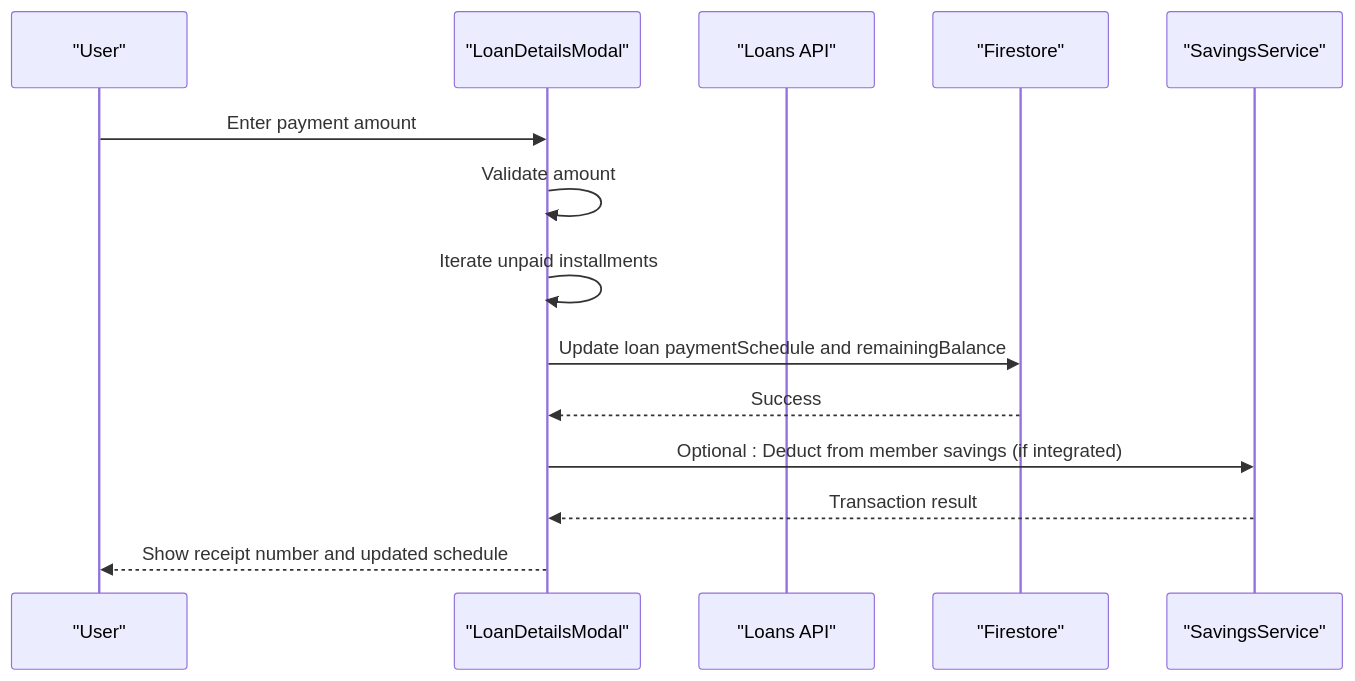
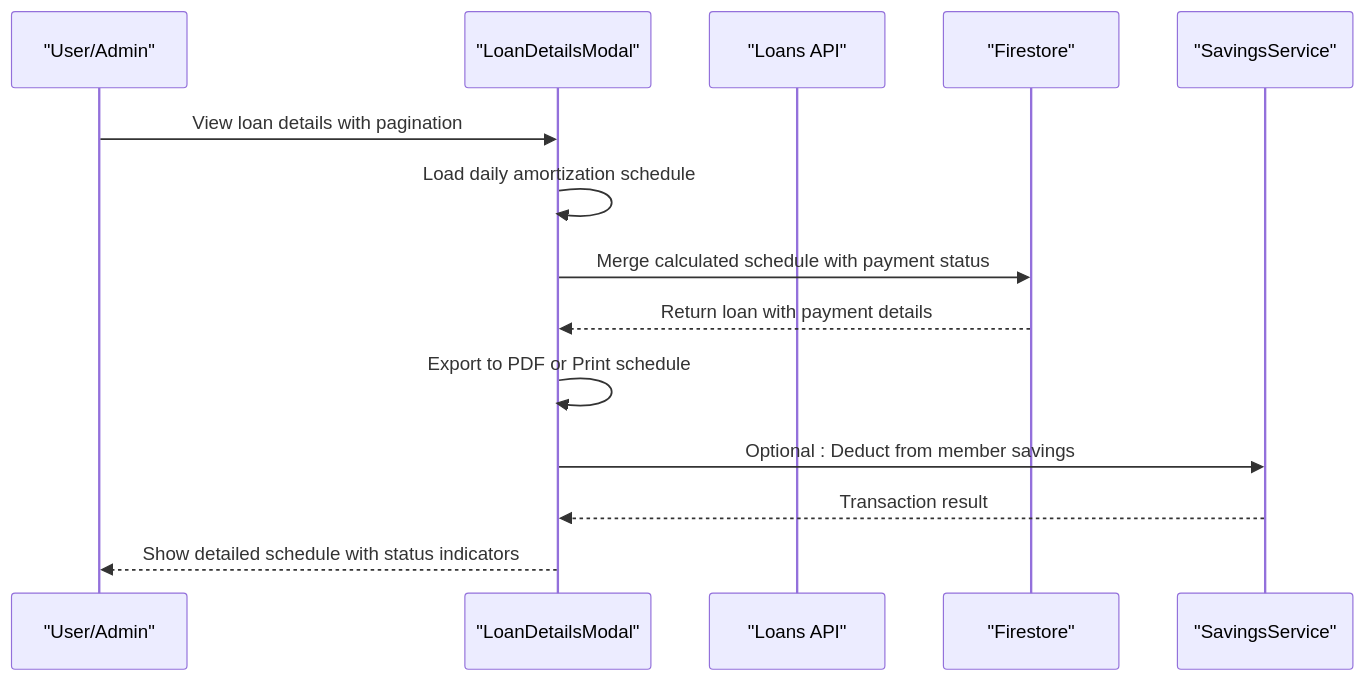
Before and after one commit to Unsure-bry/sampacoop_system: the second of 8 diagrams in .qoder/repowiki/en/content/Loan Management System/Loan Repayment System.md, drawn with Mermaid. The commit also changed other lines of this file and 6 other files, not shown here.

Commit message:
Amortization Table changes and Remaining Balance Sychronization

````diff
--- a/.qoder/repowiki/en/content/Loan Management System/Loan Repayment System.md
+++ b/.qoder/repowiki/en/content/Loan Management System/Loan Repayment System.md
@@ -124,16 +138,16 @@
 ```mermaid
 sequenceDiagram
-participant User as "User"
+participant User as "User/Admin"
 participant Modal as "LoanDetailsModal"
 participant API as "Loans API"
 participant FS as "Firestore"
 participant Savings as "SavingsService"
-User->>Modal : Enter payment amount
-Modal->>Modal : Validate amount
-Modal->>Modal : Iterate unpaid installments
-Modal->>FS : Update loan paymentSchedule and remainingBalance
-FS-->>Modal : Success
-Modal->>Savings : Optional : Deduct from member savings (if integrated)
+User->>Modal : View loan details with pagination
+Modal->>Modal : Load daily amortization schedule
+Modal->>FS : Merge calculated schedule with payment status
+FS-->>Modal : Return loan with payment details
+Modal->>Modal : Export to PDF or Print schedule
+Modal->>Savings : Optional : Deduct from member savings
 Savings-->>Modal : Transaction result
-Modal-->>User : Show receipt number and updated schedule
+Modal-->>User : Show detailed schedule with status indicators
 ```
````
